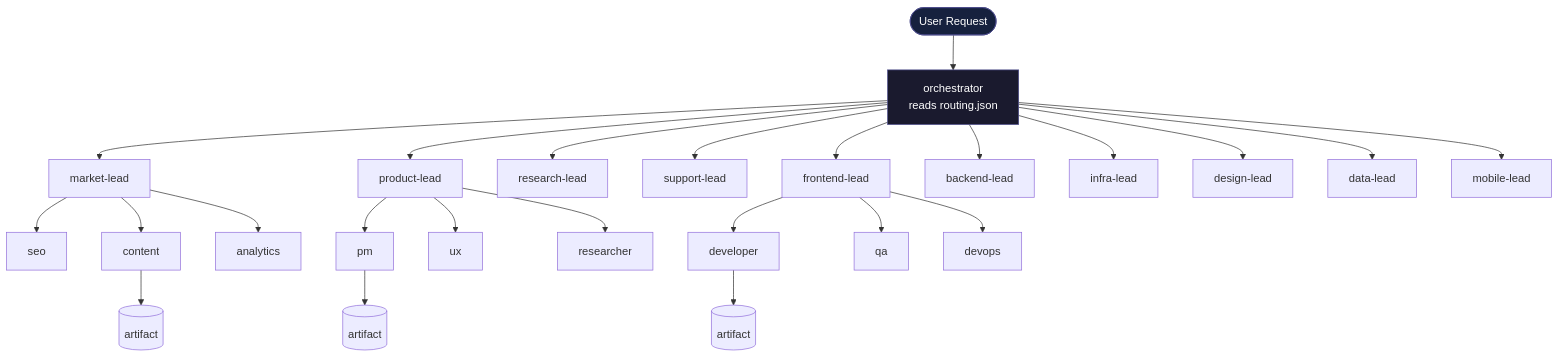
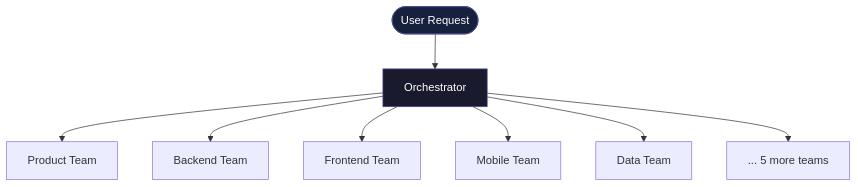
The diagram in README.md (aurorie-co/AURORIE-TEAMS), drawn with Mermaid before and after one commit. The commit also changed other lines of this file, not shown here.

````diff
--- a/README.md
+++ b/README.md
@@ -36,33 +78,13 @@
 ```mermaid
 graph TD
-    U([User Request]) --> O[orchestrator<br/>reads routing.json]
-    O --> ML[market-lead]
-    O --> PL[product-lead]
-    O --> RL[research-lead]
-    O --> SL[support-lead]
-    O --> FL[frontend-lead]
-    O --> BL[backend-lead]
-    O --> IL[infra-lead]
-    O --> DL[design-lead]
-    O --> DAL[data-lead]
-    O --> MOL[mobile-lead]
-
-    ML --> MS1[seo]
-    ML --> MS2[content]
-    ML --> MS3[analytics]
-
-    PL --> PS1[pm]
-    PL --> PS2[ux]
-    PL --> PS3[researcher]
-
-    FL --> FS1[developer]
-    FL --> FS2[qa]
-    FL --> FS3[devops]
-
-    MS2 --> A1[(artifact)]
-    PS1 --> A2[(artifact)]
-    FS1 --> A3[(artifact)]
+    U([User Request]) --> O[Orchestrator]
+    O --> T1[Product Team]
+    O --> T2[Backend Team]
+    O --> T3[Frontend Team]
+    O --> T4[Mobile Team]
+    O --> T5[Data Team]
+    O --> T6[... 5 more teams]
 
     style O fill:#1a1a2e,color:#fff,stroke:#4a4a8a
     style U fill:#16213e,color:#fff,stroke:#4a4a8a
 ```
````
